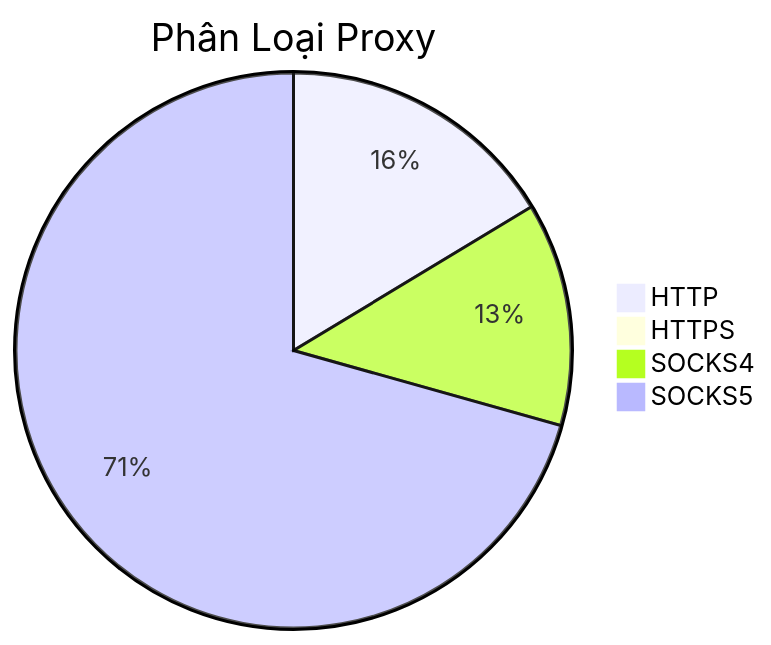
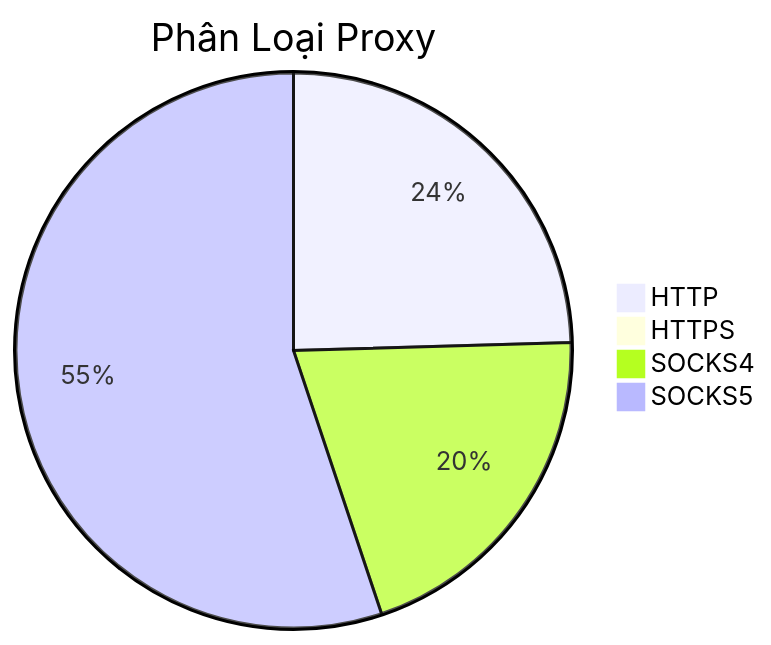
Before and after one commit to Ciara-12/PROXY-free: the diagram in README.md, drawn with Mermaid. The commit also changed other lines of this file and 4 other files, not shown here.

````diff
--- a/README.md
+++ b/README.md
@@ -26,7 +26,7 @@
 ```mermaid
 pie title Phân Loại Proxy
-    "HTTP" : 341
-    "HTTPS" : 3
-    "SOCKS4" : 271
-    "SOCKS5" : 1473
+    "HTTP" : 437
+    "HTTPS" : 6
+    "SOCKS4" : 362
+    "SOCKS5" : 982
 ```
````
